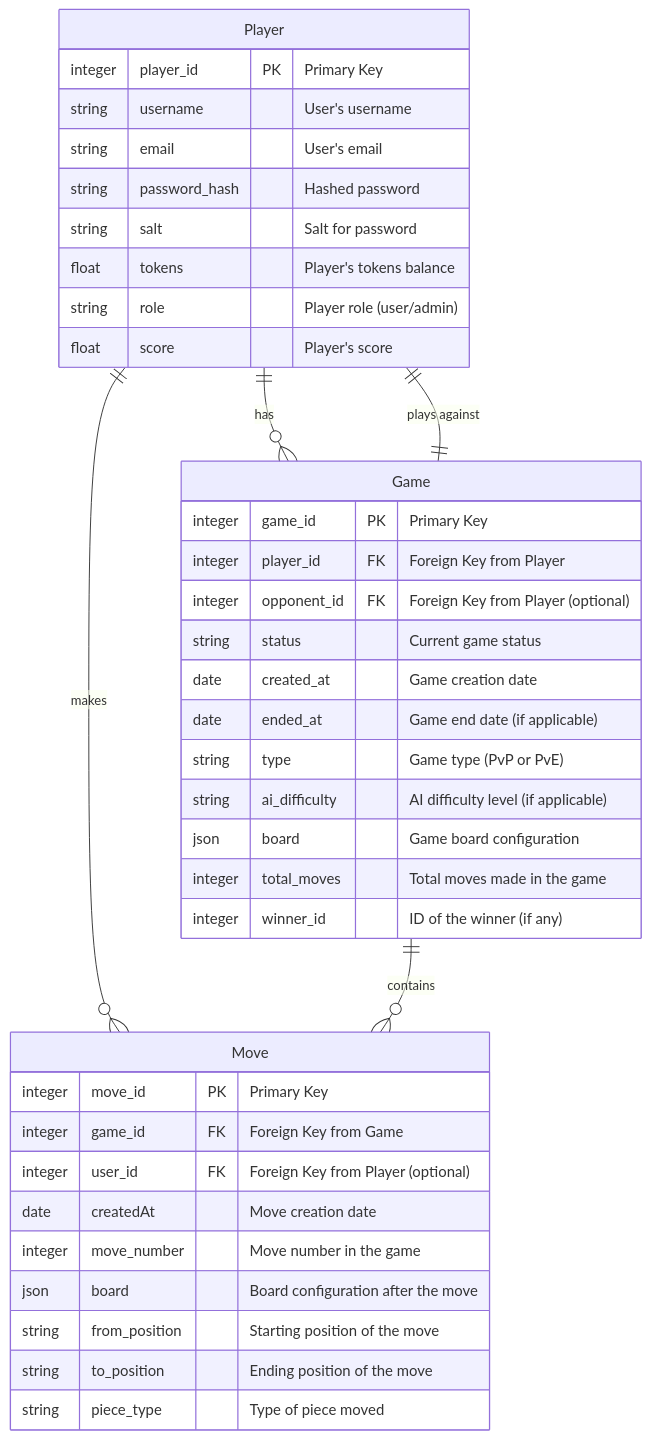
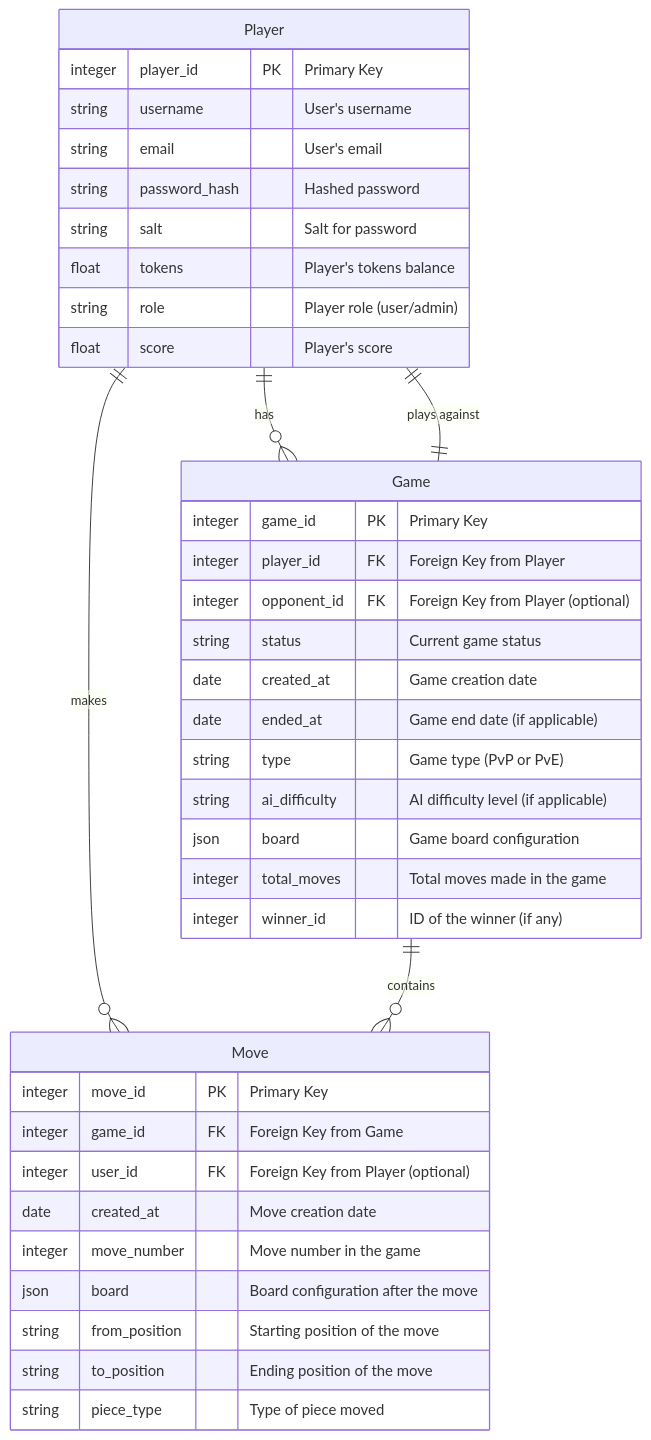
Before and after one commit to AndreaMarini01/progetto_PA: the second of 2 diagrams in README.md, drawn with Mermaid. The commit also changed 13 other files, not shown here.

````diff
--- a/README.md
+++ b/README.md
@@ -173,45 +173,45 @@
 ```mermaid
 erDiagram
     Player {
         integer player_id PK "Primary Key"
         string username "User's username"
         string email "User's email"
         string password_hash "Hashed password"
         string salt "Salt for password"
         float tokens "Player's tokens balance"
         string role "Player role (user/admin)"
         float score "Player's score"
     }
 
     Game {
         integer game_id PK "Primary Key"
         integer player_id FK "Foreign Key from Player"
         integer opponent_id FK "Foreign Key from Player (optional)"
         string status "Current game status"
         date created_at "Game creation date"
         date ended_at "Game end date (if applicable)"
         string type "Game type (PvP or PvE)"
         string ai_difficulty "AI difficulty level (if applicable)"
         json board "Game board configuration"
         integer total_moves "Total moves made in the game"
         integer winner_id "ID of the winner (if any)"
     }
 
     Move {
         integer move_id PK "Primary Key"
         integer game_id FK "Foreign Key from Game"
         integer user_id FK "Foreign Key from Player (optional)"
-        date createdAt "Move creation date"
+        date created_at "Move creation date"
         integer move_number "Move number in the game"
         json board "Board configuration after the move"
         string from_position "Starting position of the move"
         string to_position "Ending position of the move"
         string piece_type "Type of piece moved"
     }
 
     Player ||--o{ Game : "has"
     Player ||--o{ Move : "makes"
     Game ||--o{ Move : "contains"
     Game ||--|| Player : "plays against"
 
 ```
````
